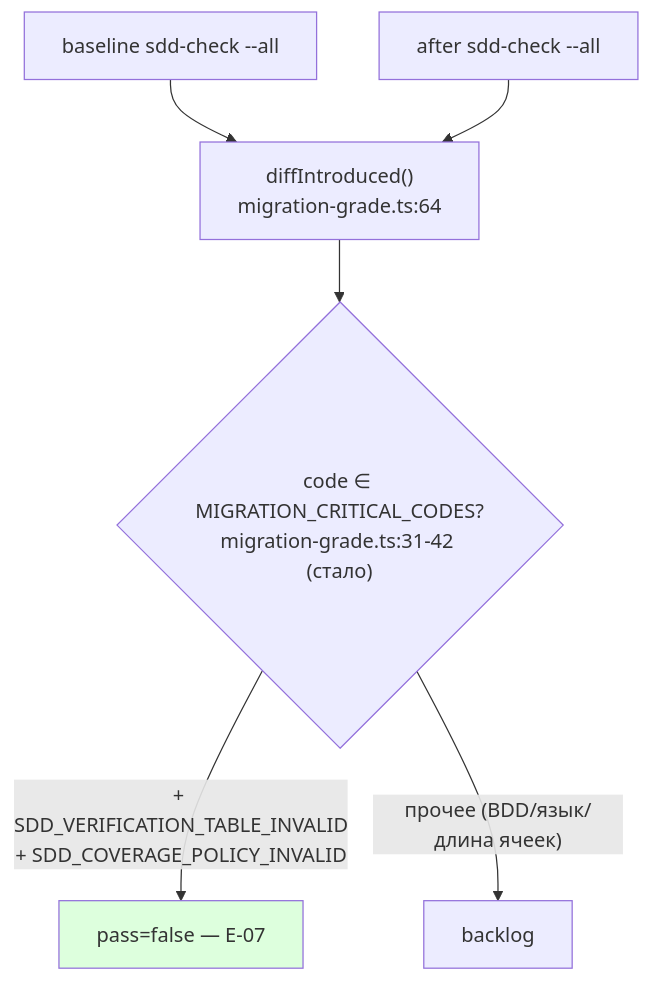
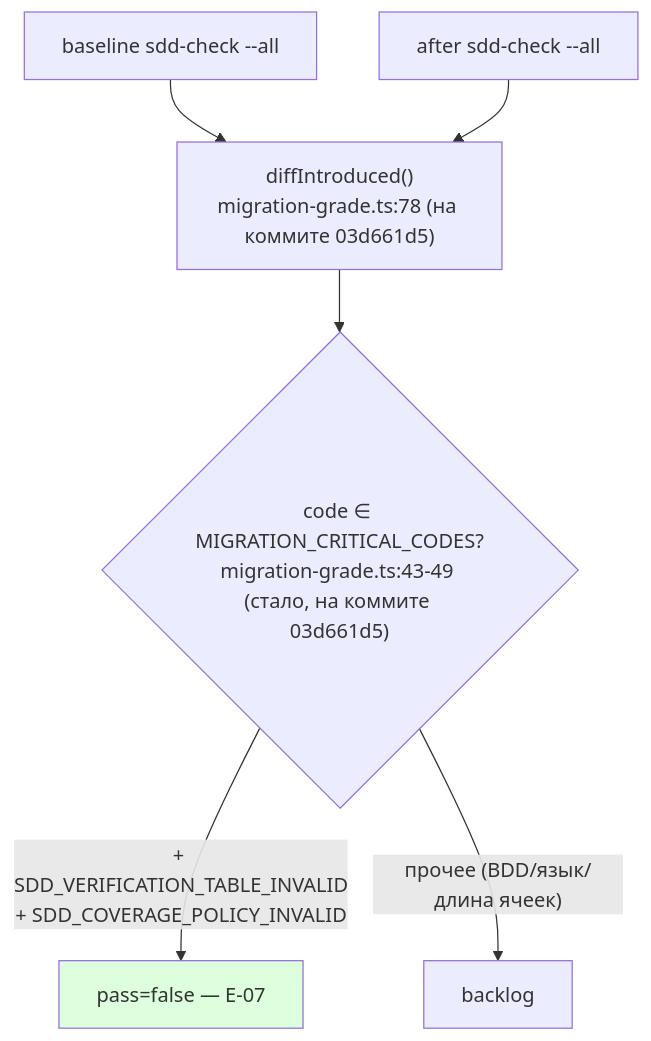
The second of 2 diagrams in ai/drafts/research/sdd-v1-to-v2-transfer/_raw/reports/R-E-07.md (RubaXa/gennady), drawn with Mermaid before and after one commit. The commit also changed other lines of this file and 5 other files, not shown here.

````diff
--- a/ai/drafts/research/sdd-v1-to-v2-transfer/_raw/reports/R-E-07.md
+++ b/ai/drafts/research/sdd-v1-to-v2-transfer/_raw/reports/R-E-07.md
@@ -26,9 +26,9 @@
 ```mermaid
 flowchart TD
-  A["baseline sdd-check --all"] --> D["diffIntroduced()\nmigration-grade.ts:64"]
+  A["baseline sdd-check --all"] --> D["diffIntroduced()\nmigration-grade.ts:78 (на коммите 03d661d5)"]
   B["after sdd-check --all"] --> D
-  D --> E{"code ∈ MIGRATION_CRITICAL_CODES?\nmigration-grade.ts:31-42 (стало)"}
+  D --> E{"code ∈ MIGRATION_CRITICAL_CODES?\nmigration-grade.ts:43-49 (стало, на коммите 03d661d5)"}
   E -->|"+ SDD_VERIFICATION_TABLE_INVALID\n+ SDD_COVERAGE_POLICY_INVALID"| F["pass=false — E-07"]
   E -->|"прочее (BDD/язык/длина ячеек)"| G["backlog"]
   style F fill:#dfd
 ```
````
